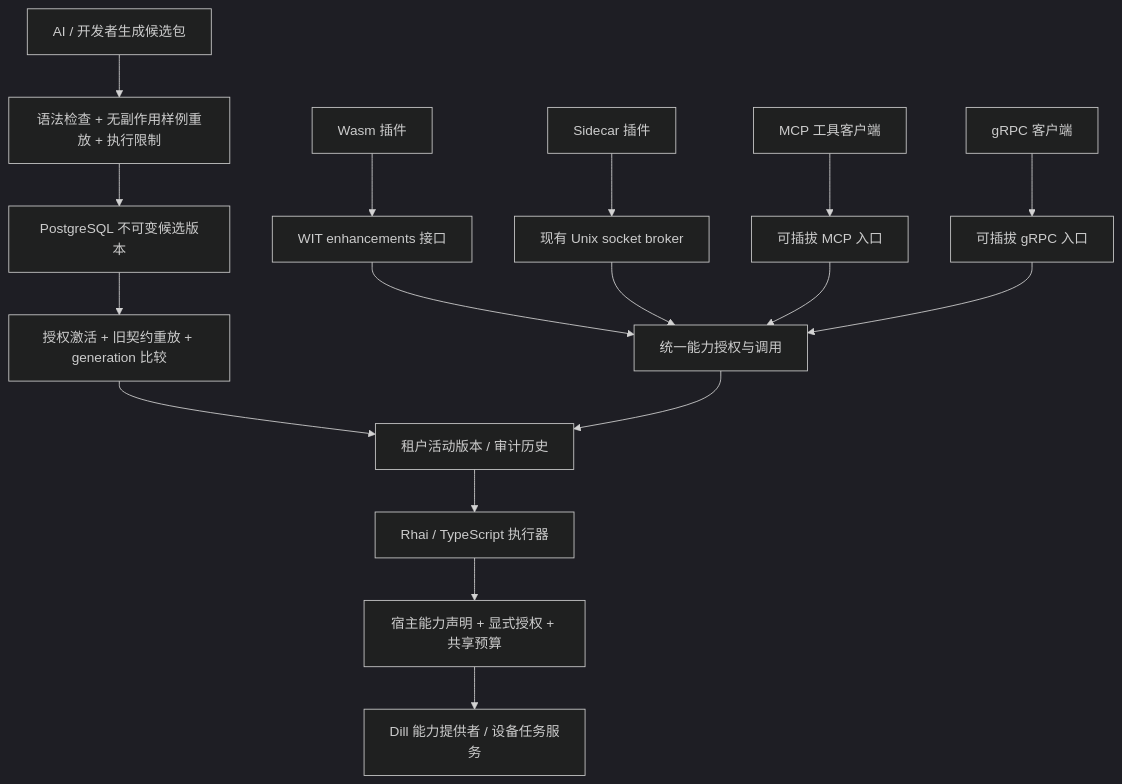
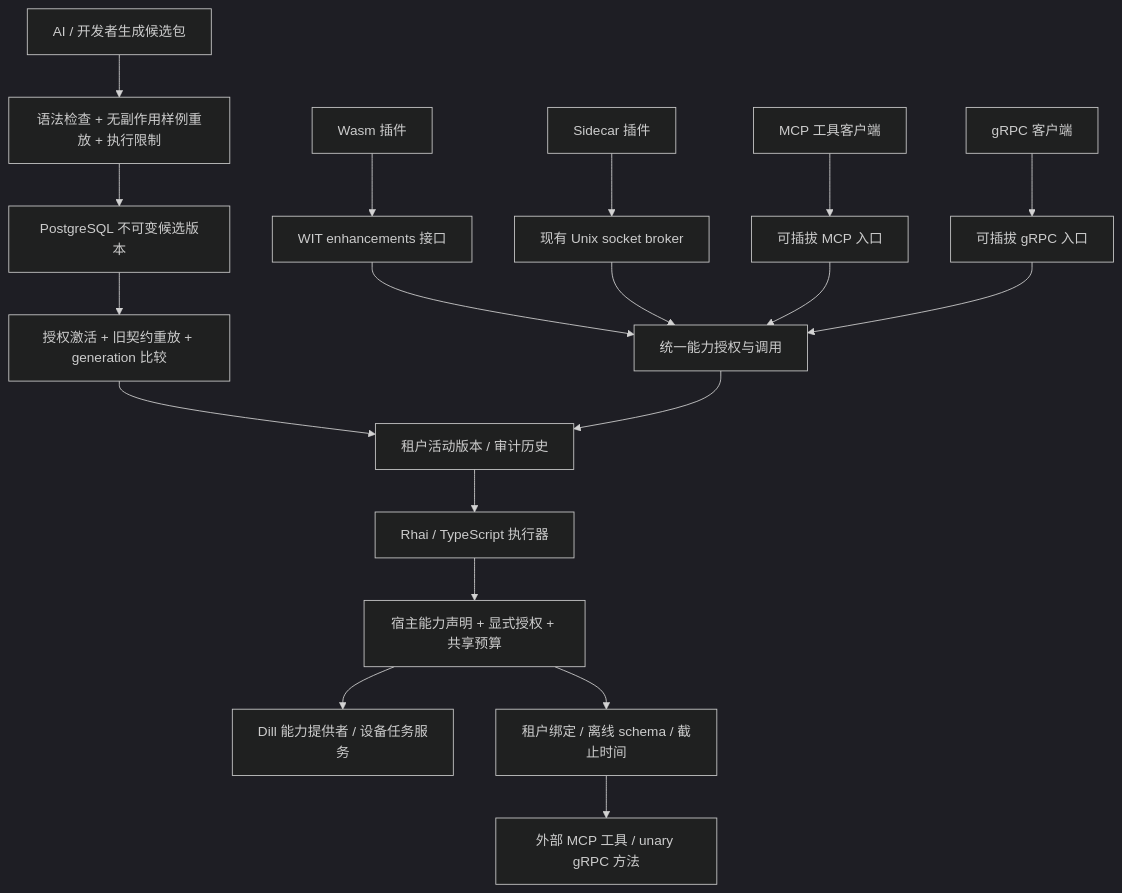
Before and after one commit to org-aio/aio-platform: the diagram in docs/plugin/microkernel-evolution.md, drawn with Mermaid (dark theme). The commit also changed other lines of this file and 57 other files, not shown here.

Commit message:
feat(runtime): import external MCP and gRPC capabilities

````diff
--- a/docs/plugin/microkernel-evolution.md
+++ b/docs/plugin/microkernel-evolution.md
@@ -17,19 +17,21 @@
 ```mermaid
 flowchart TD
     AI[AI / 开发者生成候选包] --> V[语法检查 + 无副作用样例重放 + 执行限制]
     V --> R[PostgreSQL 不可变候选版本]
     R --> A[授权激活 + 旧契约重放 + generation 比较]
     A --> H[租户活动版本 / 审计历史]
     W[Wasm 插件] --> WIT[WIT enhancements 接口]
     P[Sidecar 插件] --> B[现有 Unix socket broker]
     WIT --> I[统一能力授权与调用]
     B --> I
     M[MCP 工具客户端] --> MP[可插拔 MCP 入口]
     G[gRPC 客户端] --> GP[可插拔 gRPC 入口]
     MP --> I
     GP --> I
     I --> H
     H --> E[Rhai / TypeScript 执行器]
     E --> C[宿主能力声明 + 显式授权 + 共享预算]
     C --> S[Dill 能力提供者 / 设备任务服务]
+    C --> RMT[租户绑定 / 离线 schema / 截止时间]
+    RMT --> EXT[外部 MCP 工具 / unary gRPC 方法]
 ```
````
